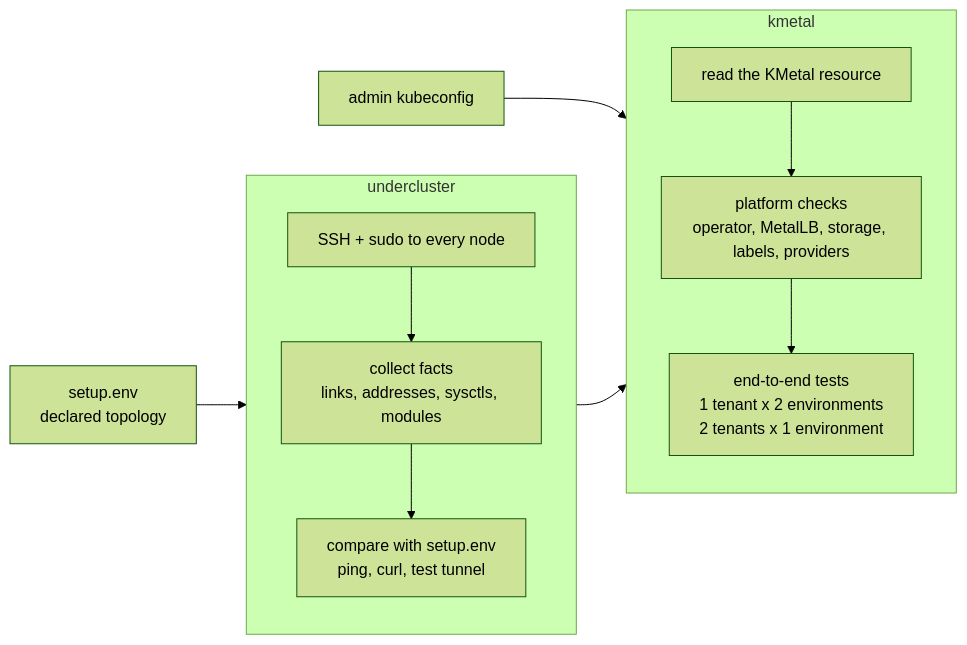
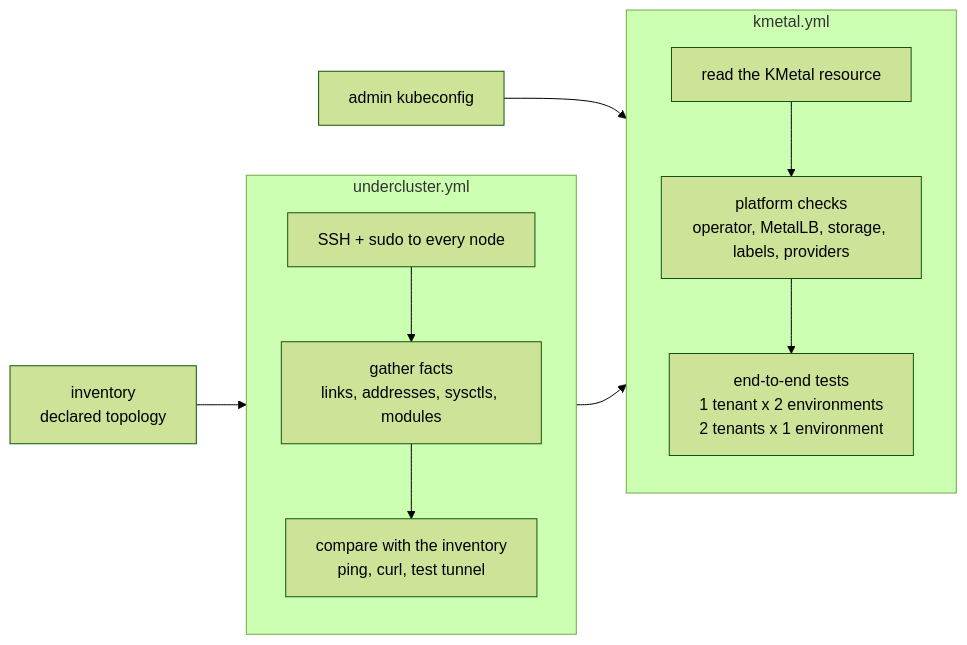
One commit to clastix/kmetal-validation-script changed the diagram in docs/overview.md. Above: the diagram before and after it, drawn with Mermaid (forest theme). The commit also changed other lines of this file and 89 other files, not shown here.

````diff
--- a/docs/overview.md
+++ b/docs/overview.md
@@ -20,16 +21,16 @@
 ```mermaid
 flowchart LR
-    env[setup.env<br/>declared topology] --> uc
-    subgraph uc[undercluster]
+    inv[inventory<br/>declared topology] --> uc
+    subgraph uc[undercluster.yml]
         direction TB
-        ssh[SSH + sudo to every node] --> facts[collect facts<br/>links, addresses, sysctls, modules]
-        facts --> checks1[compare with setup.env<br/>ping, curl, test tunnel]
+        ssh[SSH + sudo to every node] --> facts[gather facts<br/>links, addresses, sysctls, modules]
+        facts --> checks1[compare with the inventory<br/>ping, curl, test tunnel]
     end
     kc[admin kubeconfig] --> km
-    subgraph km[kmetal]
+    subgraph km[kmetal.yml]
         direction TB
         spec[read the KMetal resource] --> checks2[platform checks<br/>operator, MetalLB, storage, labels, providers]
         checks2 --> e2e[end-to-end tests<br/>1 tenant x 2 environments<br/>2 tenants x 1 environment]
     end
     uc --> km
 ```
````
